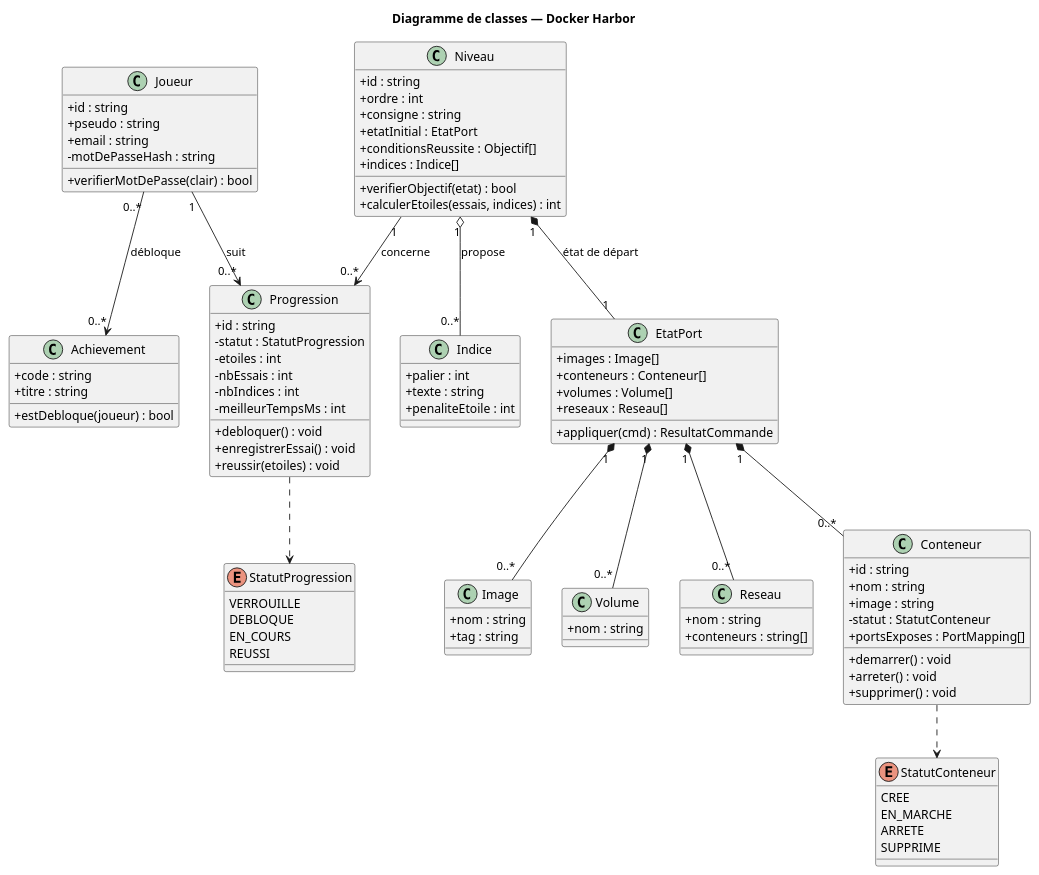
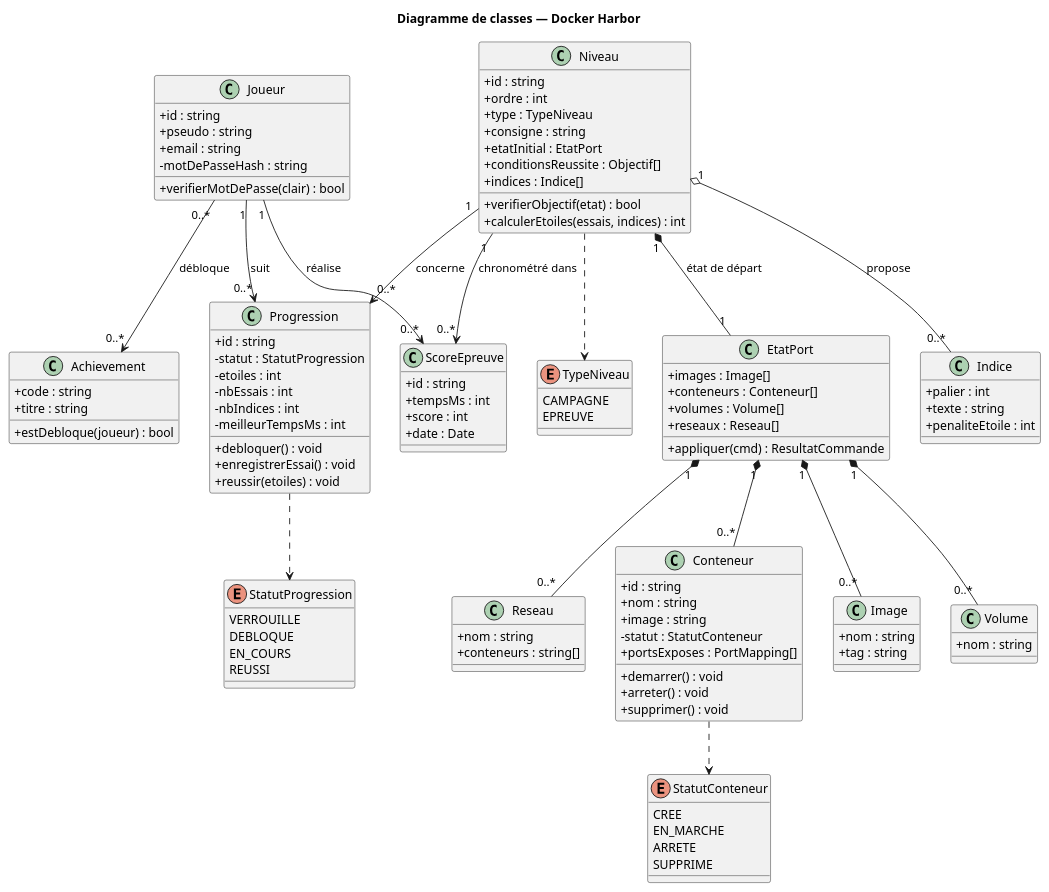
The diagram in docs/modelisation/03-donnees-classes.puml (AndreLiar/coordinationBackFront), drawn with PlantUML before and after one commit. The commit also changed 5 other files, not shown here.

```diff
--- a/docs/modelisation/03-donnees-classes.puml
+++ b/docs/modelisation/03-donnees-classes.puml
@@ -1,117 +1,135 @@
 @startuml donnees-classes
 ' Diagramme de classes (niveau application / domaine) — Docker Harbor
 ' Rendu : plantuml 03-donnees-classes.puml
 
 skinparam shadowing false
 skinparam classAttributeIconSize 0
 title Diagramme de classes — Docker Harbor
 
 enum StatutProgression {
   VERROUILLE
   DEBLOQUE
   EN_COURS
   REUSSI
 }
 
 enum StatutConteneur {
   CREE
   EN_MARCHE
   ARRETE
   SUPPRIME
+}
+
+enum TypeNiveau {
+  CAMPAGNE
+  EPREUVE
 }
 
 class Joueur {
   +id : string
   +pseudo : string
   +email : string
   -motDePasseHash : string
   +verifierMotDePasse(clair) : bool
 }
 
 class Progression {
   +id : string
   -statut : StatutProgression
   -etoiles : int
   -nbEssais : int
   -nbIndices : int
   -meilleurTempsMs : int
   +debloquer() : void
   +enregistrerEssai() : void
   +reussir(etoiles) : void
 }
 
 class Niveau {
   +id : string
   +ordre : int
+  +type : TypeNiveau
   +consigne : string
   +etatInitial : EtatPort
   +conditionsReussite : Objectif[]
   +indices : Indice[]
   +verifierObjectif(etat) : bool
   +calculerEtoiles(essais, indices) : int
+}
+
+class ScoreEpreuve {
+  +id : string
+  +tempsMs : int
+  +score : int
+  +date : Date
 }
 
 class EtatPort {
   +images : Image[]
   +conteneurs : Conteneur[]
   +volumes : Volume[]
   +reseaux : Reseau[]
   +appliquer(cmd) : ResultatCommande
 }
 
 class Conteneur {
   +id : string
   +nom : string
   +image : string
   -statut : StatutConteneur
   +portsExposes : PortMapping[]
   +demarrer() : void
   +arreter() : void
   +supprimer() : void
 }
 
 class Image {
   +nom : string
   +tag : string
 }
 
 class Volume {
   +nom : string
 }
 
 class Reseau {
   +nom : string
   +conteneurs : string[]
 }
 
 class Indice {
   +palier : int
   +texte : string
   +penaliteEtoile : int
 }
 
 class Achievement {
   +code : string
   +titre : string
   +estDebloque(joueur) : bool
 }
 
 ' Associations
 Joueur "1" --> "0..*" Progression : suit
 Niveau "1" --> "0..*" Progression : concerne
 Joueur "0..*" --> "0..*" Achievement : débloque
 
+' Scores des épreuves chronométrées (niveaux de type EPREUVE)
+Joueur "1" --> "0..*" ScoreEpreuve : réalise
+Niveau "1" --> "0..*" ScoreEpreuve : chronométré dans
+
 ' Composition (losange plein) : le tout possède les parties
 Niveau "1" *-- "1" EtatPort : état de départ
 EtatPort "1" *-- "0..*" Conteneur
 EtatPort "1" *-- "0..*" Image
 EtatPort "1" *-- "0..*" Volume
 EtatPort "1" *-- "0..*" Reseau
 
 ' Agrégation (losange creux) : référence réutilisable
 Niveau "1" o-- "0..*" Indice : propose
 
 Progression ..> StatutProgression
 Conteneur ..> StatutConteneur
+Niveau ..> TypeNiveau
 
 @enduml
```
